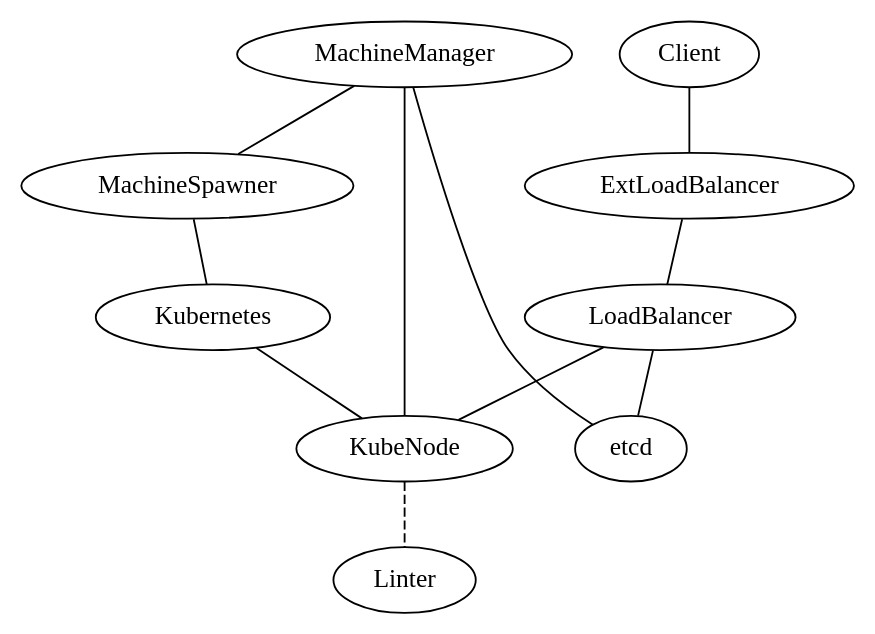
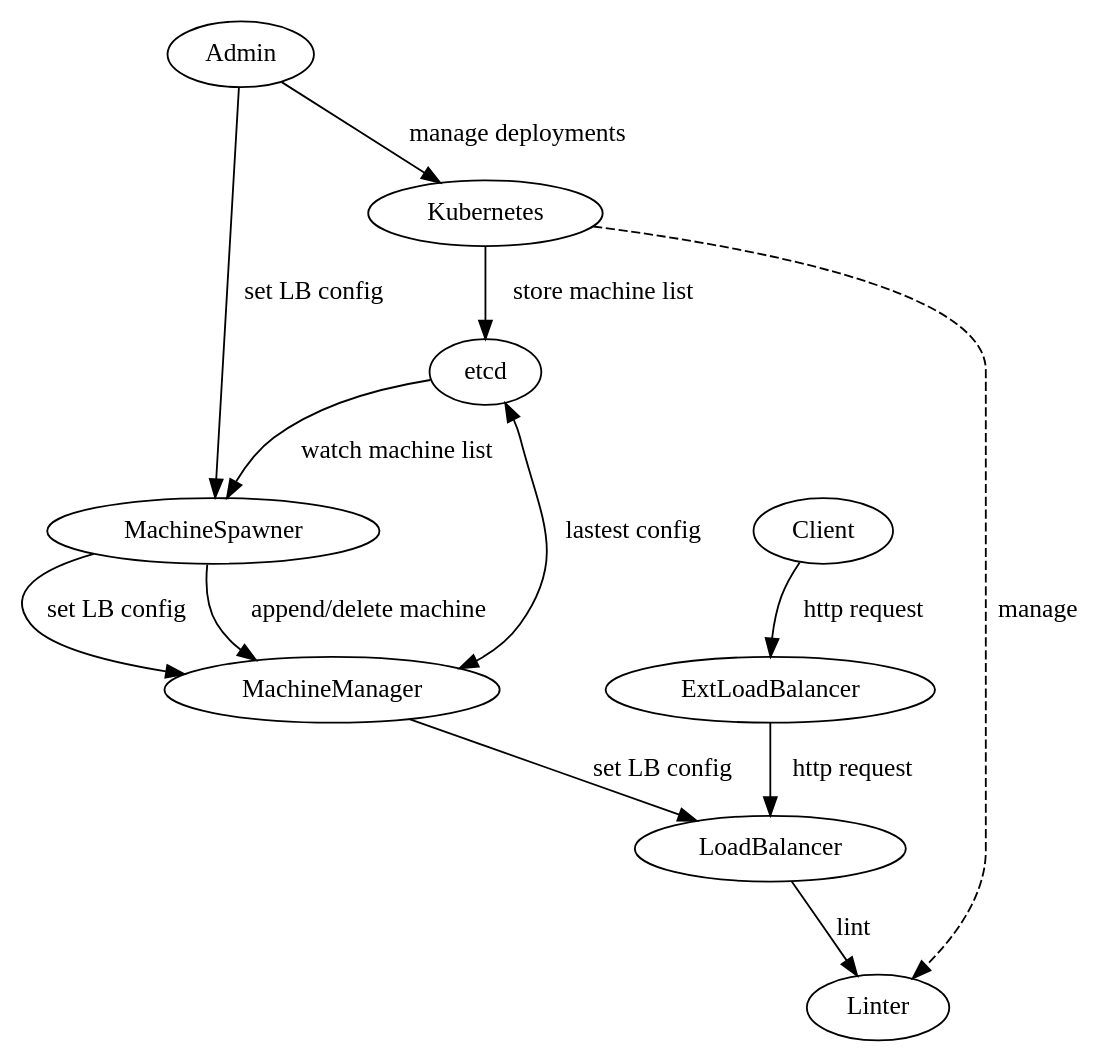
The diagram in architecture.dot (prawilny/distributed-linters), drawn with Graphviz before and after one commit. The commit also changed 1 other file, not shown here.

Commit message:
More explicit architecture diagram

```diff
--- a/architecture.dot
+++ b/architecture.dot
@@ -1,17 +1,21 @@
-// dot -Kfdp architecture.dot -Tsvg > architecture.svg
+// dot architecture.dot -Tsvg > architecture.svg
 
-graph {
-    Client -- ExtLoadBalancer;
-    ExtLoadBalancer -- LoadBalancer;
-    LoadBalancer -- etcd;
-    LoadBalancer -- KubeNode;
+digraph {
+    Client -> ExtLoadBalancer [label="http request"];
+    ExtLoadBalancer -> LoadBalancer [label="http request"];
+    LoadBalancer -> Linter [label="lint"];
 
-    MachineManager -- etcd;
-    MachineManager -- KubeNode;
+    MachineManager -> etcd[label="lastest config", dir="both"];
+    etcd -> MachineSpawner [label="watch machine list"];
+    MachineManager -> LoadBalancer[label="set LB config"];
 
-    Kubernetes -- KubeNode;
-    KubeNode -- Linter [style="dashed"];
+    Kubernetes -> Linter [style="dashed", label="manage"];
 
-    MachineManager -- MachineSpawner;
-    MachineSpawner -- Kubernetes;
+    MachineSpawner -> MachineManager[label="append/delete machine"];
+    MachineSpawner -> MachineManager[label="set LB config"];
+
+    Admin -> MachineSpawner[label="set LB config"];
+
+    Admin -> Kubernetes[label="manage deployments"];
+    Kubernetes -> etcd[label="store machine list"];
 }
```
